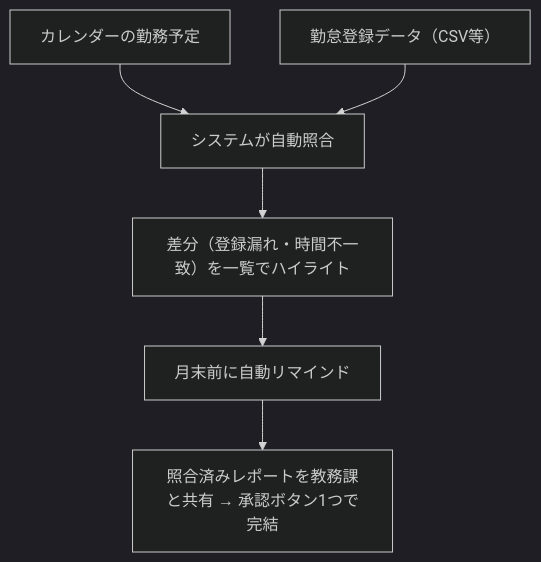
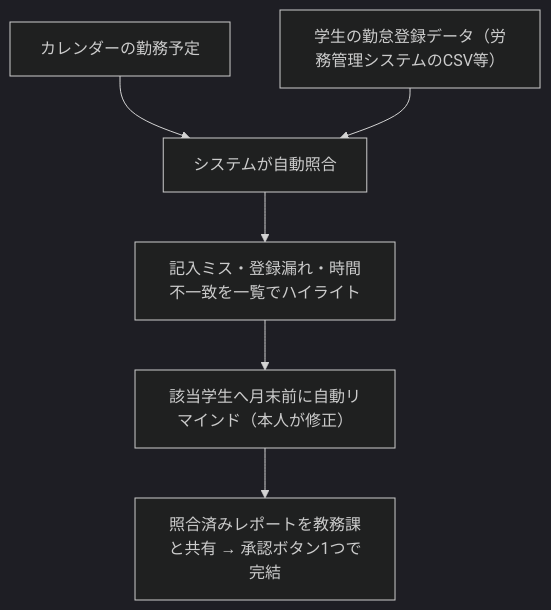
Before and after one commit to Nakano-official/takeover: the fourth of 4 diagrams in docs/requirements.md, drawn with Mermaid (dark theme). The commit also changed other lines of this file and 1 other file, not shown here.

````diff
--- a/docs/requirements.md
+++ b/docs/requirements.md
@@ -90,8 +91,8 @@
 ```mermaid
 flowchart TD
   A["カレンダーの勤務予定"] --> C["システムが自動照合"]
-  B["勤怠登録データ（CSV等）"] --> C
-  C --> D["差分（登録漏れ・時間不一致）を一覧でハイライト"]
-  D --> E["月末前に自動リマインド"]
+  B["学生の勤怠登録データ（労務管理システムのCSV等）"] --> C
+  C --> D["記入ミス・登録漏れ・時間不一致を一覧でハイライト"]
+  D --> E["該当学生へ月末前に自動リマインド（本人が修正）"]
   E --> F["照合済みレポートを教務課と共有 → 承認ボタン1つで完結"]
 ```
````
